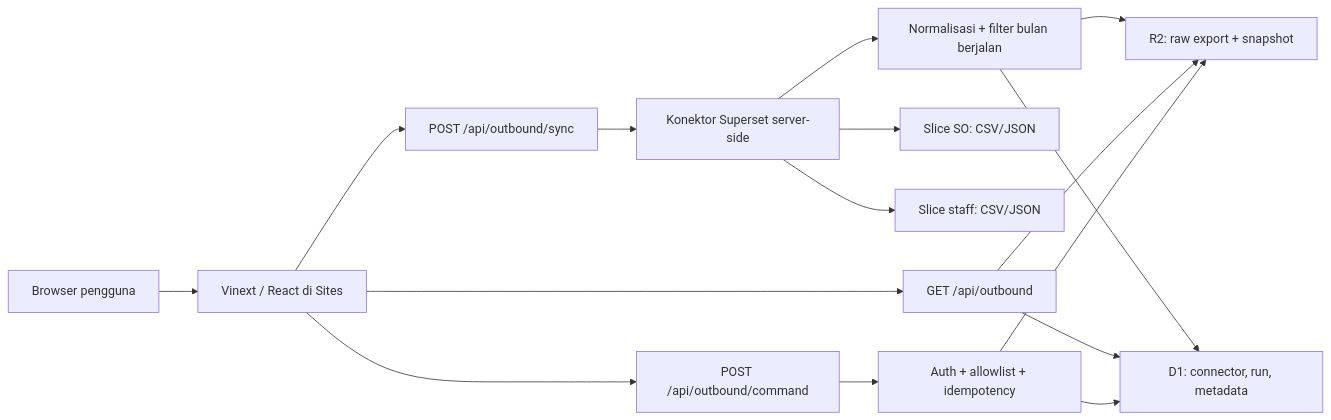
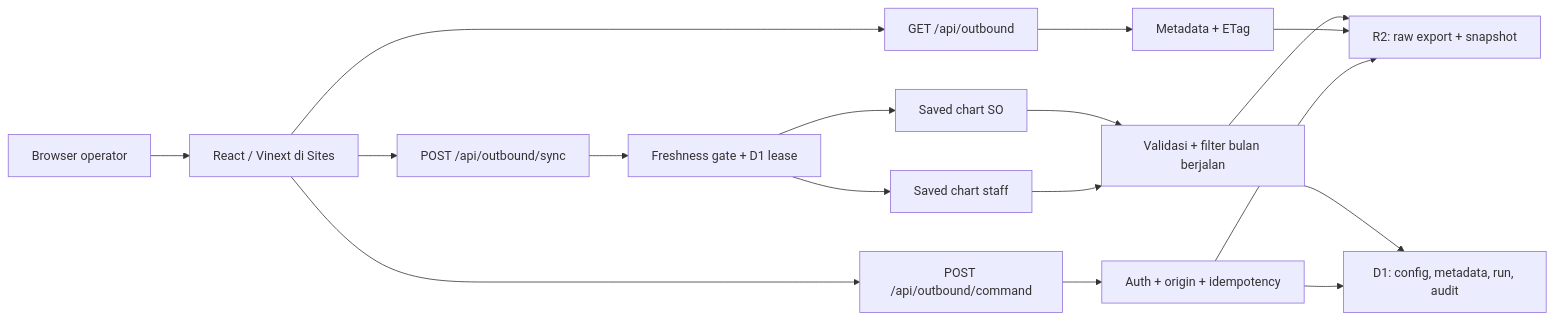
One commit to FIT-Developers-Team/outbound-operations-tower changed the diagram in README.md. Above: the diagram before and after it, drawn with Mermaid. The commit also changed other lines of this file and 29 other files, not shown here.

Commit message:
feat: harden sync and expand outbound operations UX

````diff
--- a/README.md
+++ b/README.md
@@ -25,18 +26,19 @@
 ```mermaid
 flowchart LR
-    Browser["Browser pengguna"] --> App["Vinext / React di Sites"]
+    User["Browser operator"] --> App["React / Vinext di Sites"]
     App --> Read["GET /api/outbound"]
     App --> Sync["POST /api/outbound/sync"]
-    App --> Command["POST /api/outbound/command"]
-    Sync --> Connector["Konektor Superset server-side"]
-    Connector --> SO["Slice SO: CSV/JSON"]
-    Connector --> Staff["Slice staff: CSV/JSON"]
-    Connector --> Transform["Normalisasi + filter bulan berjalan"]
+    App --> Cmd["POST /api/outbound/command"]
+    Sync --> Gate["Freshness gate + D1 lease"]
+    Gate --> SO["Saved chart SO"]
+    Gate --> Staff["Saved chart staff"]
+    SO --> Transform["Validasi + filter bulan berjalan"]
+    Staff --> Transform
     Transform --> R2["R2: raw export + snapshot"]
-    Transform --> D1["D1: connector, run, metadata"]
-    Read --> R2
-    Read --> D1
-    Command --> Guardrail["Auth + allowlist + idempotency"]
-    Guardrail --> R2
-    Guardrail --> D1
+    Transform --> D1["D1: config, metadata, run, audit"]
+    Read --> ETag["Metadata + ETag"]
+    ETag --> R2
+    Cmd --> Guard["Auth + origin + idempotency"]
+    Guard --> D1
+    Guard --> R2
 ```
````
